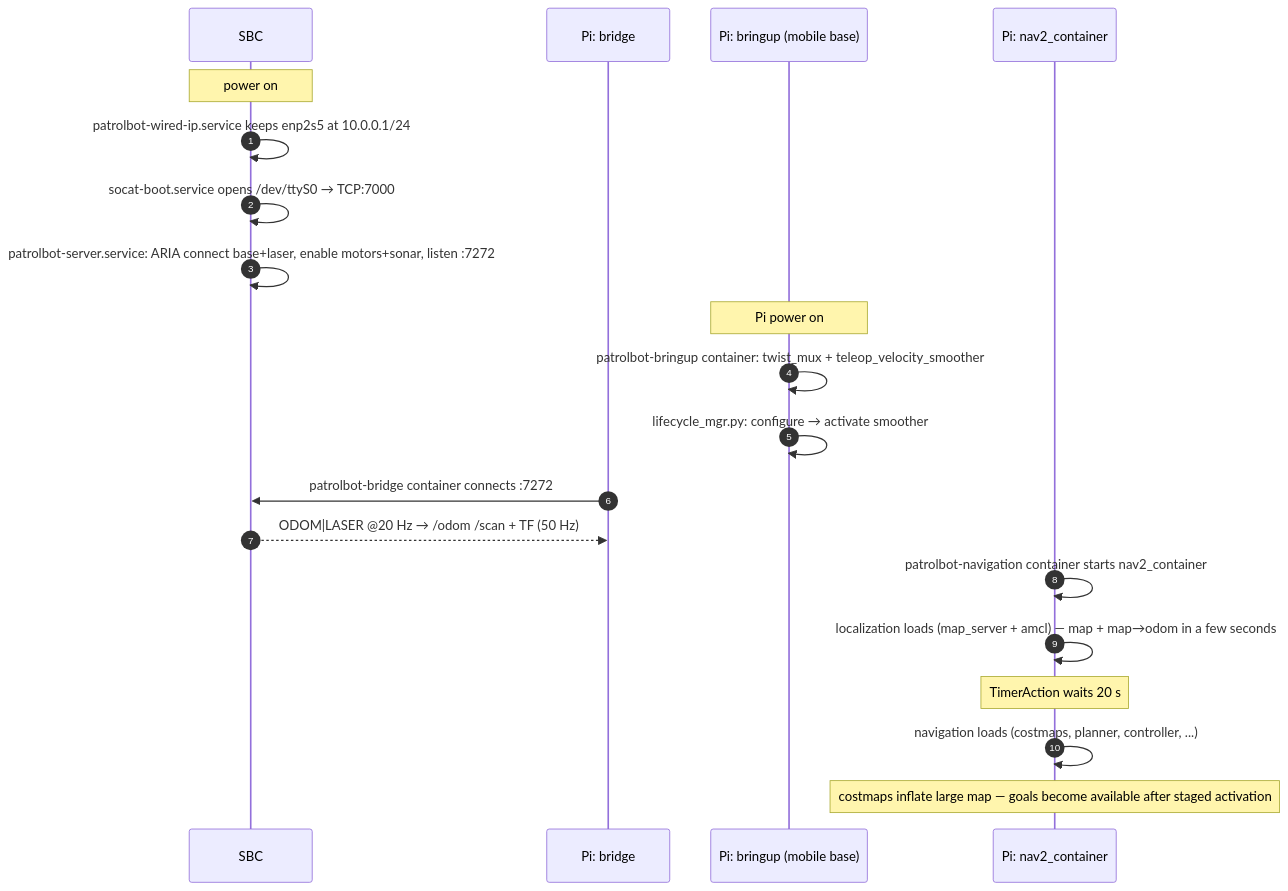
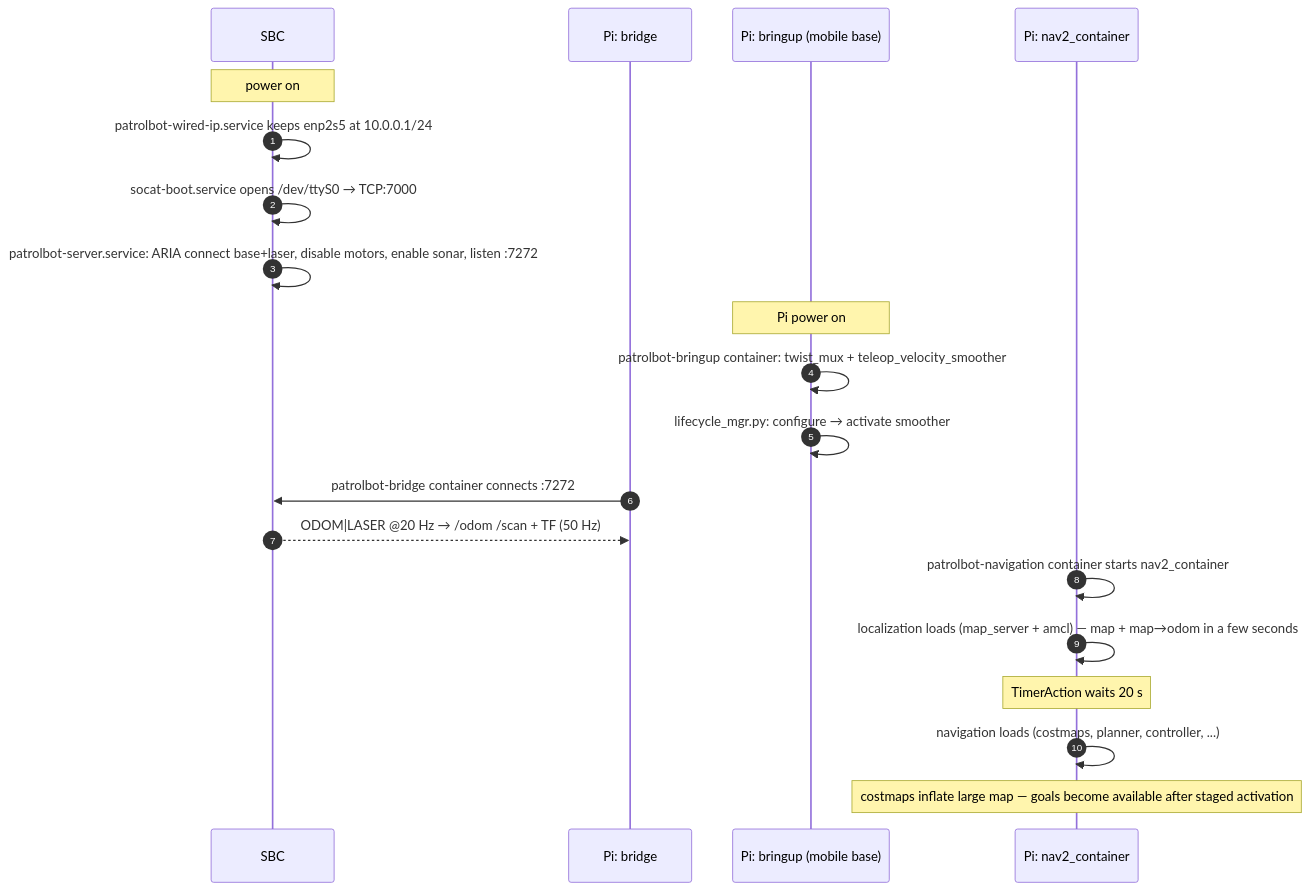
One commit to cmu-impactlab/patrolbot changed the diagram in docs/internals/startup-sequence.md. Above: the diagram before and after it, drawn with Mermaid. The commit also changed other lines of this file and 38 other files, not shown here.

````diff
--- a/docs/internals/startup-sequence.md
+++ b/docs/internals/startup-sequence.md
@@ -13,25 +13,25 @@
 ```mermaid
 sequenceDiagram
     autonumber
     participant SBC as SBC
     participant Br as Pi: bridge
     participant Bs as Pi: bringup (mobile base)
     participant Nav as Pi: nav2_container
 
     Note over SBC: power on
     SBC->>SBC: patrolbot-wired-ip.service keeps enp2s5 at 10.0.0.1/24
     SBC->>SBC: socat-boot.service opens /dev/ttyS0 → TCP:7000
-    SBC->>SBC: patrolbot-server.service: ARIA connect base+laser, enable motors+sonar, listen :7272
+    SBC->>SBC: patrolbot-server.service: ARIA connect base+laser, disable motors, enable sonar, listen :7272
 
     Note over Bs: Pi power on
     Bs->>Bs: patrolbot-bringup container: twist_mux + teleop_velocity_smoother
     Bs->>Bs: lifecycle_mgr.py: configure → activate smoother
     Br->>SBC: patrolbot-bridge container connects :7272
     SBC-->>Br: ODOM|LASER @20 Hz → /odom /scan + TF (50 Hz)
 
     Nav->>Nav: patrolbot-navigation container starts nav2_container
     Nav->>Nav: localization loads (map_server + amcl) — map + map→odom in a few seconds
     Note over Nav: TimerAction waits 20 s
     Nav->>Nav: navigation loads (costmaps, planner, controller, ...)
 	    Note over Nav: costmaps inflate large map — goals become available after staged activation
 ```
````
